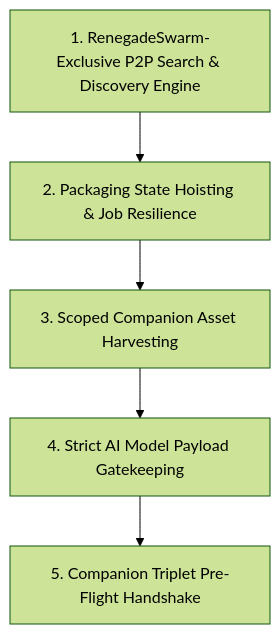
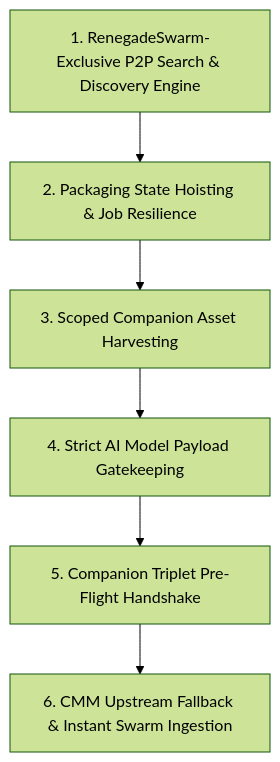
One commit to DevNullInc/RenegadeSwarm changed the diagram in ROADMAP.md. Above: the diagram before and after it, drawn with Mermaid (forest theme). The commit also changed other lines of this file and 14 other files, not shown here.

````diff
--- a/ROADMAP.md
+++ b/ROADMAP.md
@@ -19,7 +19,8 @@
 ```mermaid
 flowchart TD
     M1[1. RenegadeSwarm-Exclusive P2P Search & Discovery Engine] --> M2[2. Packaging State Hoisting & Job Resilience]
     M2 --> M3[3. Scoped Companion Asset Harvesting]
     M3 --> M4[4. Strict AI Model Payload Gatekeeping]
     M4 --> M5[5. Companion Triplet Pre-Flight Handshake]
+    M5 --> M6[6. CMM Upstream Fallback & Instant Swarm Ingestion]
 ```
````
